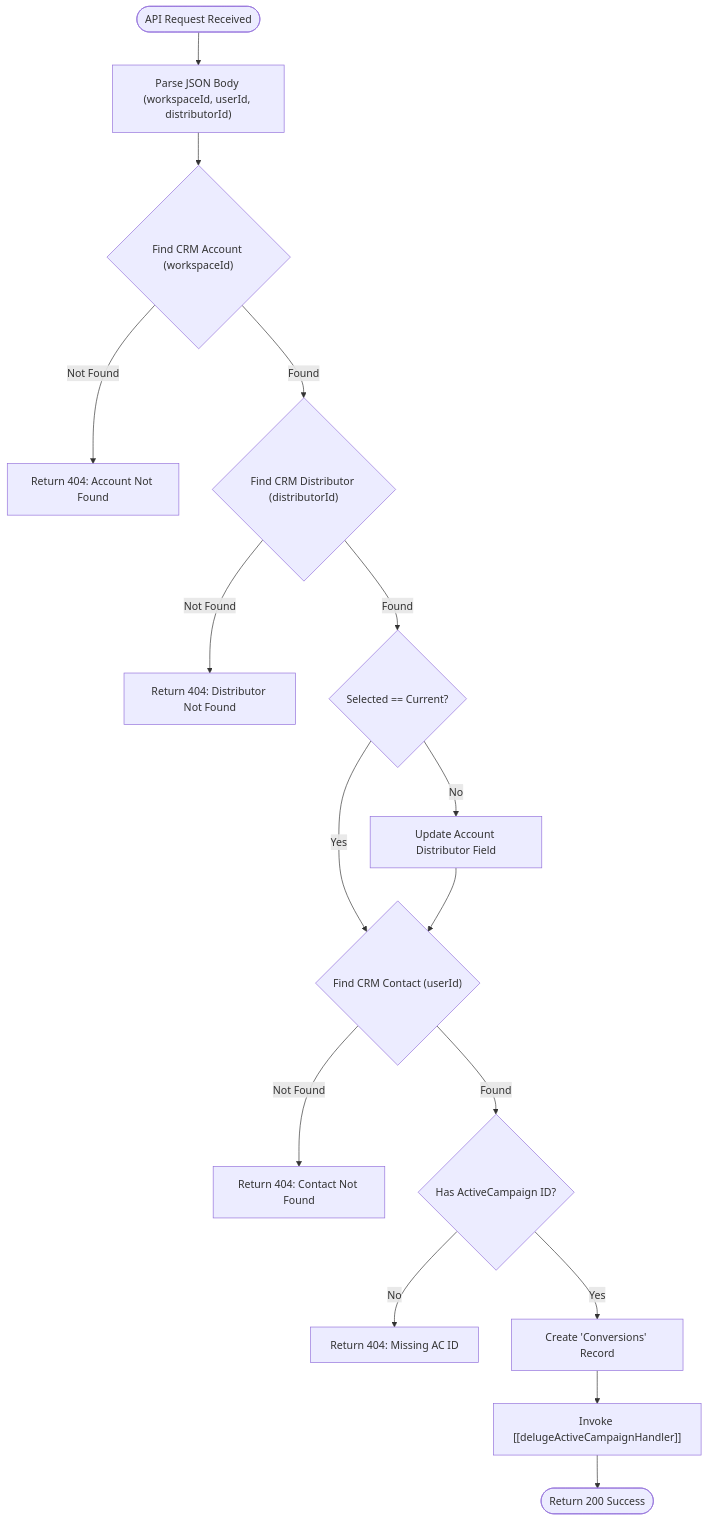
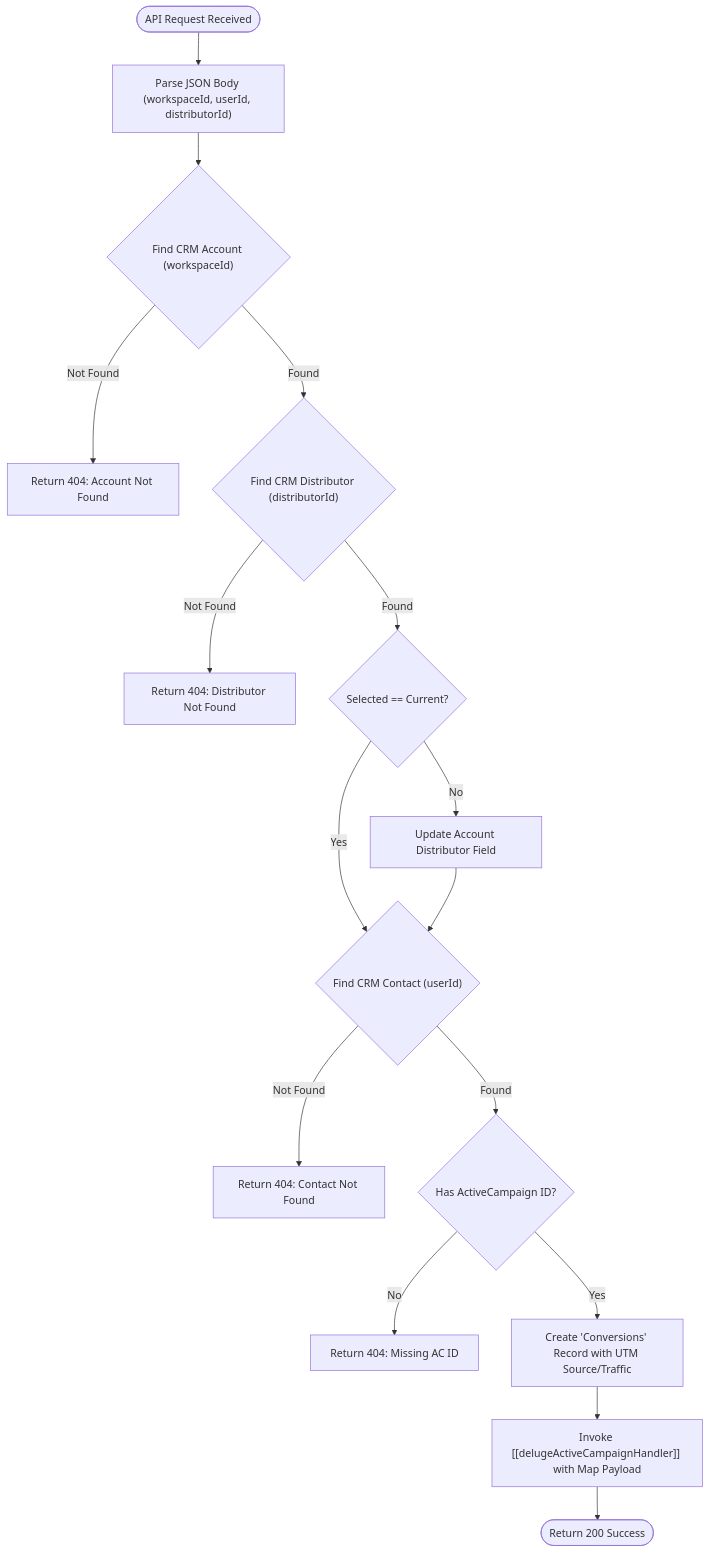
Before and after one commit to martinkp93/zoho-scripts: the diagram in Acquisition and Onboarding/Lead Generation/Mobile App/Mobile App Request a Quote/delugeMobileAppRequestAQuote.md, drawn with Mermaid. The commit also changed other lines of this file, not shown here.

Commit message:
Update delugeMobileAppRequestAQuote.md docs via DeluluDocu

````diff
--- a/Acquisition and Onboarding/Lead Generation/Mobile App/Mobile App Request a Quote/delugeMobileAppRequestAQuote.md
+++ b/Acquisition and Onboarding/Lead Generation/Mobile App/Mobile App Request a Quote/delugeMobileAppRequestAQuote.md
@@ -33,18 +33,18 @@
 ```mermaid
 graph TD
     Start(["API Request Received"]) --> Parse["Parse JSON Body (workspaceId, userId, distributorId)"]
     Parse --> FindAcc{"Find CRM Account (workspaceId)"}
     FindAcc -- "Not Found" --> Err404_1["Return 404: Account Not Found"]
     FindAcc -- "Found" --> FindDist{"Find CRM Distributor (distributorId)"}
     FindDist -- "Not Found" --> Err404_2["Return 404: Distributor Not Found"]
     FindDist -- "Found" --> CompDist{"Selected == Current?"}
     CompDist -- "No" --> UpdateAcc["Update Account Distributor Field"]
     CompDist -- "Yes" --> FindCont{"Find CRM Contact (userId)"}
     UpdateAcc --> FindCont
     FindCont -- "Not Found" --> Err404_3["Return 404: Contact Not Found"]
     FindCont -- "Found" --> CheckAC{"Has ActiveCampaign ID?"}
     CheckAC -- "No" --> Err404_4["Return 404: Missing AC ID"]
-    CheckAC -- "Yes" --> CreateConv["Create 'Conversions' Record"]
-    CreateConv --> CallAC["Invoke [[delugeActiveCampaignHandler]]"]
+    CheckAC -- "Yes" --> CreateConv["Create 'Conversions' Record with UTM Source/Traffic"]
+    CreateConv --> CallAC["Invoke [[delugeActiveCampaignHandler]] with Map Payload"]
     CallAC --> Success(["Return 200 Success"])
 ```
````
